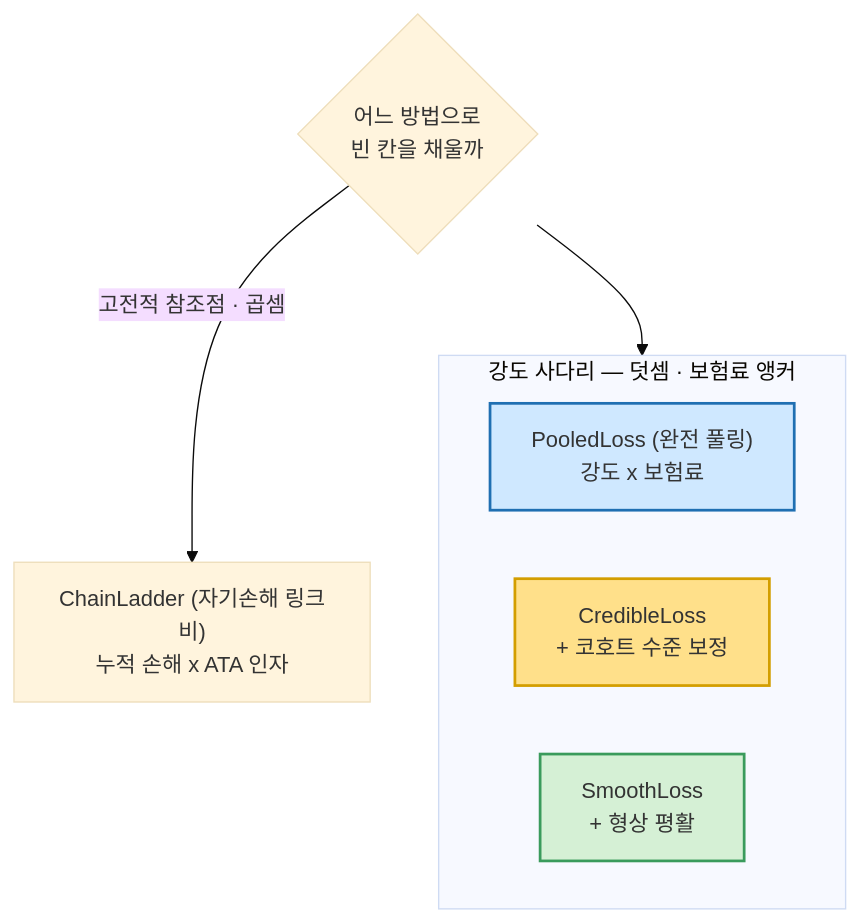
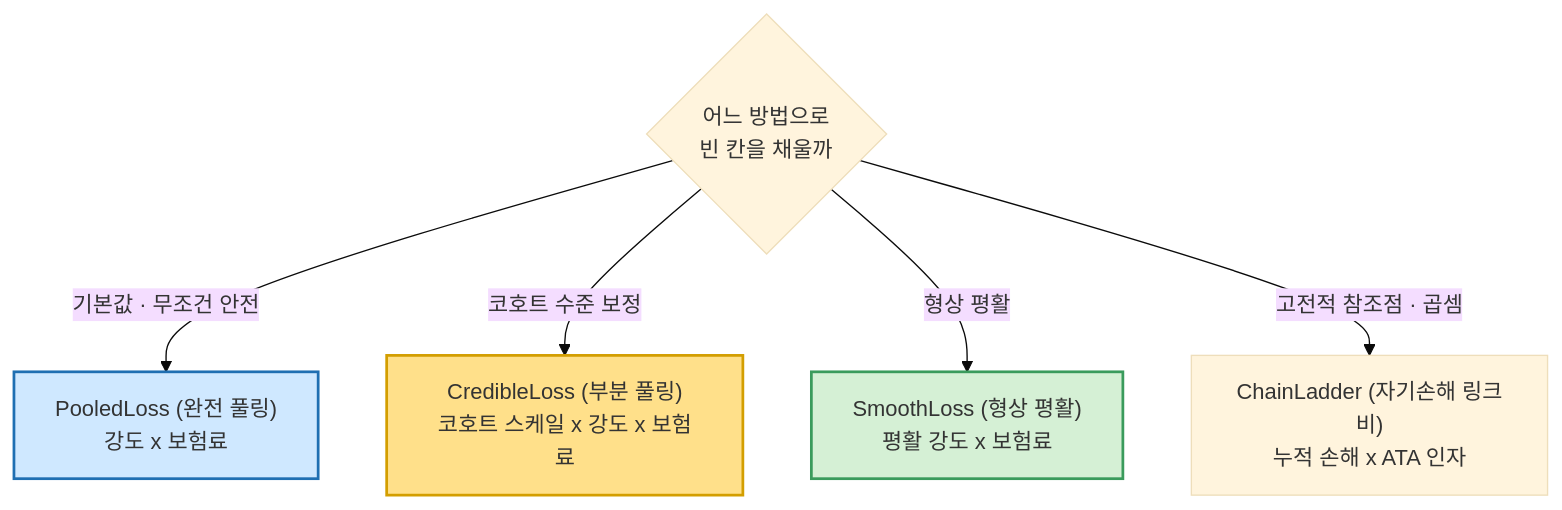
One commit to seokhoonj/lossratio changed the diagram in docs/tutorial/04-projection.md. Above: the diagram before and after it, drawn with Mermaid (base theme).

Commit message:
docs: simplify the projection decision diagram to a flat Pooled/Credible/Smooth/ChainLadder row
Revert the subgraph grouping back to a plain four-branch flowchart, ordered
left to right with ChainLadder rightmost as the benchmark. Drop the dotted
refinement edges into PooledLoss -- they were what skewed the layout when the
SmoothLoss node was added.

````diff
--- a/docs/tutorial/04-projection.md
+++ b/docs/tutorial/04-projection.md
@@ -36,15 +36,11 @@
 ```{mermaid}
 flowchart TD
   Q{"어느 방법으로<br/>빈 칸을 채울까"}
-  subgraph ladder["강도 사다리 — 덧셈 · 보험료 앵커"]
-    direction LR
-    pooled["PooledLoss (완전 풀링)<br/>강도 x 보험료"]
-    credible["CredibleLoss<br/>+ 코호트 수준 보정"]
-    smooth["SmoothLoss<br/>+ 형상 평활"]
-  end
-  Q --> ladder
+  Q -->|"기본값 · 무조건 안전"| pooled["PooledLoss (완전 풀링)<br/>강도 x 보험료"]
+  Q -->|"코호트 수준 보정"| credible["CredibleLoss (부분 풀링)<br/>코호트 스케일 x 강도 x 보험료"]
+  Q -->|"형상 평활"| smooth["SmoothLoss (형상 평활)<br/>평활 강도 x 보험료"]
   Q -->|"고전적 참조점 · 곱셈"| linkratio["ChainLadder (자기손해 링크비)<br/>누적 손해 x ATA 인자"]
   style pooled fill:#cfe8ff,stroke:#1f6fb2,stroke-width:2px
   style credible fill:#ffe08a,stroke:#d39e00,stroke-width:2px
   style smooth fill:#d5f0d5,stroke:#3a9b5c,stroke-width:2px
 ```
````
